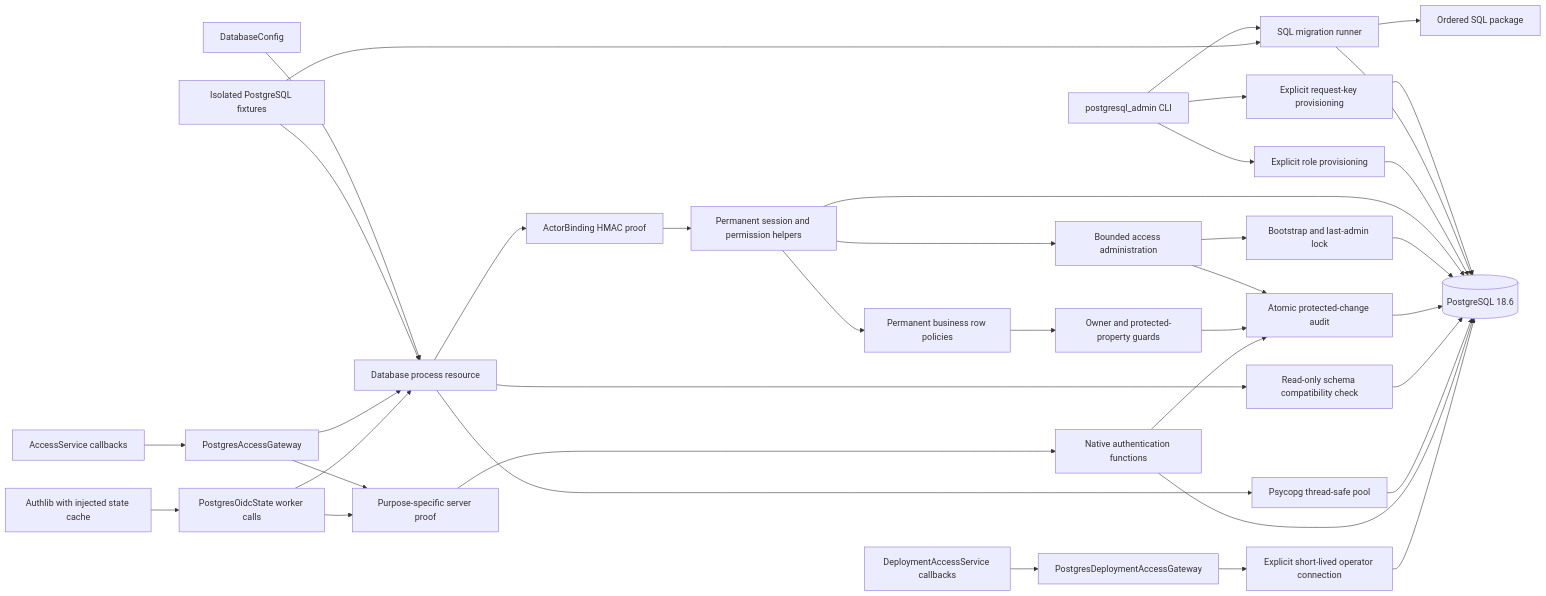
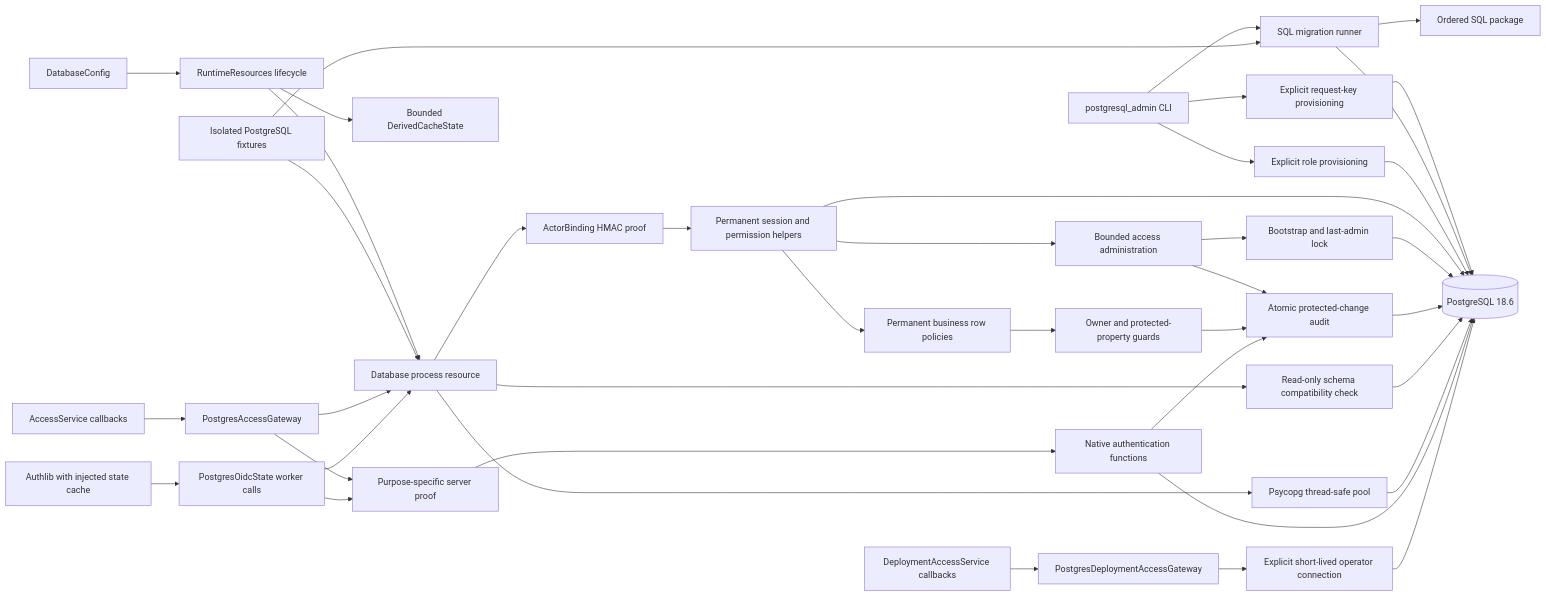
The diagram in docs/implementation/postgresql-foundation.md (cboguet83/eppm_demo), drawn with Mermaid before and after one commit. The commit also changed other lines of this file and 3 other files, not shown here.

Commit message:
Add PostgreSQL process resource lifecycle for runtime integration

````diff
--- a/docs/implementation/postgresql-foundation.md
+++ b/docs/implementation/postgresql-foundation.md
@@ -47,40 +47,42 @@
 ```mermaid
 flowchart LR
     Operator[postgresql_admin CLI] --> Migration[SQL migration runner]
     Operator --> Provision[Explicit role provisioning]
     Operator --> Key[Explicit request-key provisioning]
     Key --> DB
     Migration --> SQL[Ordered SQL package]
     Migration --> DB[(PostgreSQL 18.6)]
     Provision --> DB
-    Config[DatabaseConfig] --> Resource[Database process resource]
+    Config[DatabaseConfig] --> Lifetime[RuntimeResources lifecycle]
+    Lifetime --> Resource[Database process resource]
+    Lifetime --> Cache[Bounded DerivedCacheState]
     Resource --> Pool[Psycopg thread-safe pool]
     Resource --> Binding[ActorBinding HMAC proof]
     Binding --> Authorization[Permanent session and permission helpers]
     Authorization --> DB
     Authorization --> Policies[Permanent business row policies]
     Authorization --> Access[Bounded access administration]
     Access --> Audit
     Access --> Continuity[Bootstrap and last-admin lock]
     Continuity --> DB
     Policies --> Guards[Owner and protected-property guards]
     Guards --> Audit[Atomic protected-change audit]
     Audit --> DB
     Resource --> Check[Read-only schema compatibility check]
     Check --> DB
     Pool --> DB
     Tests[Isolated PostgreSQL fixtures] --> Resource
     Tests --> Migration
     Service[AccessService callbacks] --> Gateway[PostgresAccessGateway]
     Gateway --> Resource
     Gateway --> Signer[Purpose-specific server proof]
     OIDC[Authlib with injected state cache] --> State[PostgresOidcState worker calls]
     State --> Resource
     State --> Signer
     Signer --> Authentication[Native authentication functions]
     Authentication --> DB
     Authentication --> Audit
     Deployment[DeploymentAccessService callbacks] --> OperatorGateway[PostgresDeploymentAccessGateway]
     OperatorGateway --> OperatorConnection[Explicit short-lived operator connection]
     OperatorConnection --> DB
 ```
````
